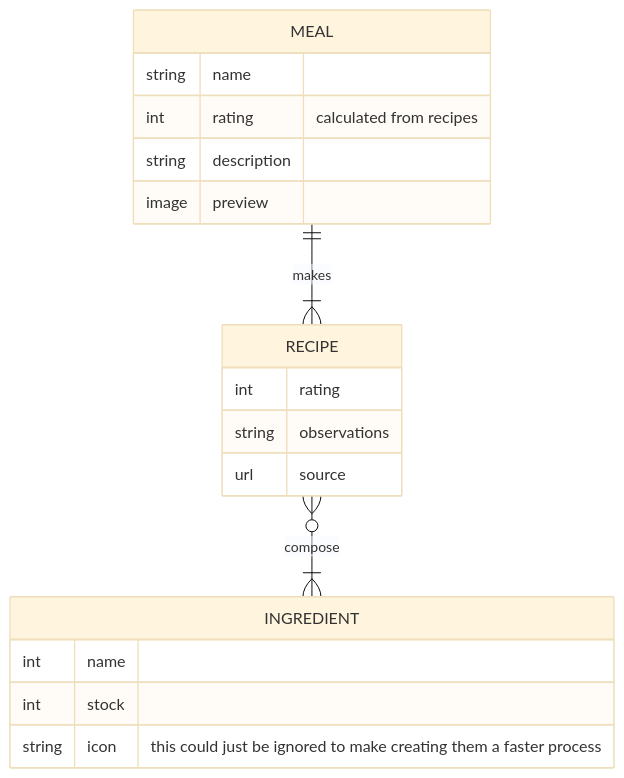
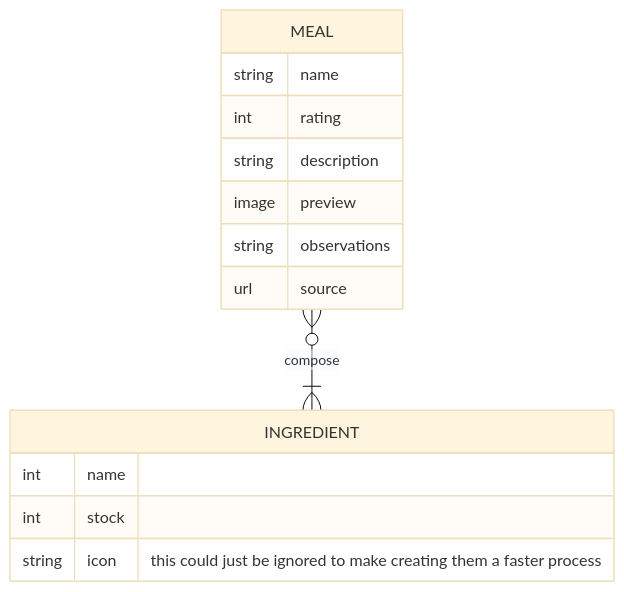
Before and after one commit to mrdarip/notion-recipes: the diagram in docs/ER-graph.md, drawn with Mermaid (base theme). The commit also changed 1 other file, not shown here.

````diff
--- a/docs/ER-graph.md
+++ b/docs/ER-graph.md
@@ -1,24 +1,19 @@
 ```mermaid
 erDiagram
-    MEAL 1 to 1+ RECIPE: makes
-    RECIPE 0+ to 1+ INGREDIENT:compose
+    MEAL 0+ to 1+ INGREDIENT:compose
 
     MEAL{
         string name
-        int rating "calculated from recipes"
+        int rating
         string description
         image preview
-    }
-
-    RECIPE{
-        int rating
         string observations
         url source
     }
 
     INGREDIENT{
         int name
         int stock
         string icon "this could just be ignored to make creating them a faster process"
     }
 ```
````
